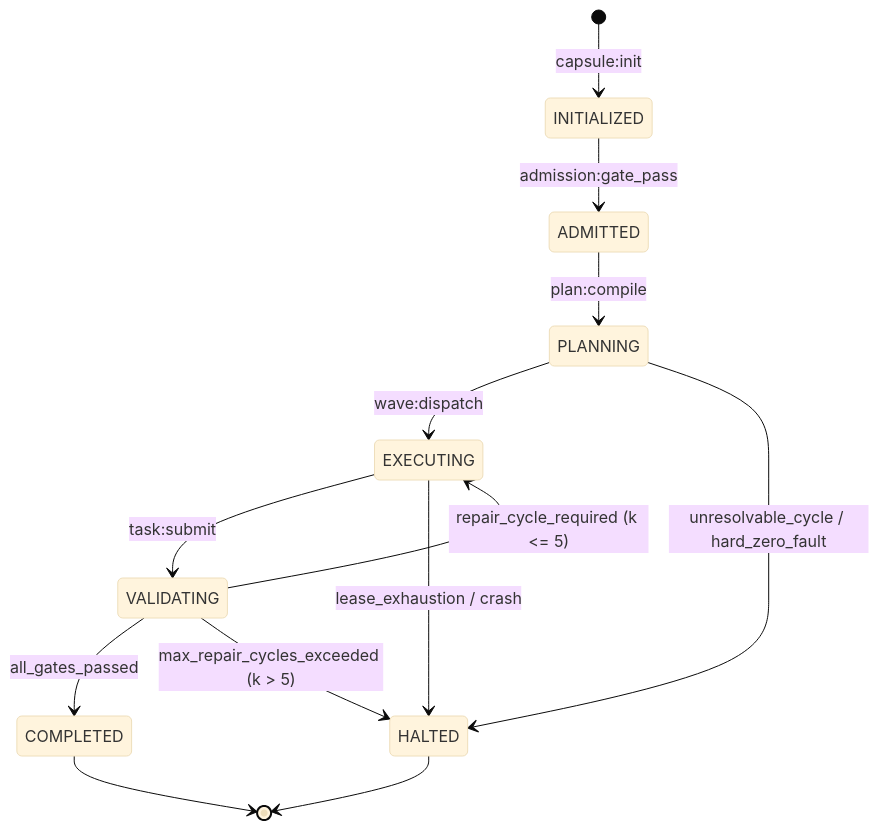
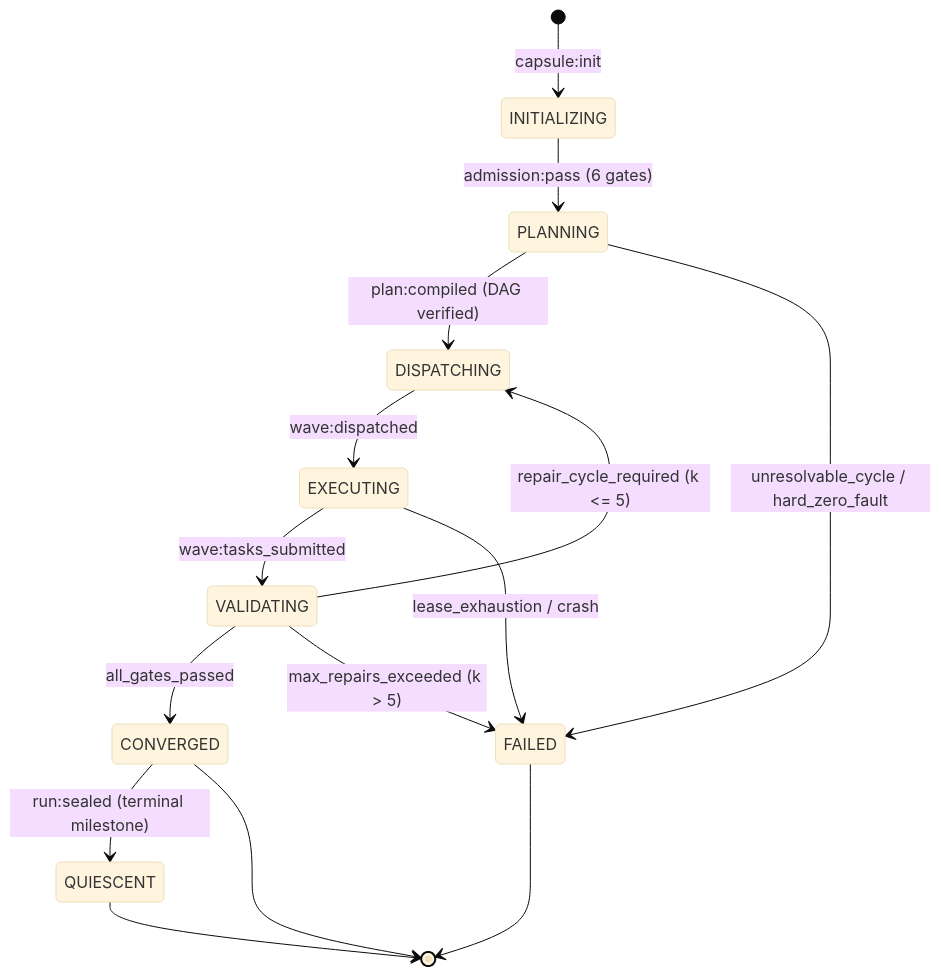
The first of 2 diagrams in docs/olt/architecture/01-foundations/01-03-deterministic-capsule-state-machine.md (onurseckin/skills), drawn with Mermaid (base theme) before and after one commit. The commit also changed other lines of this file and 163 other files, not shown here.

````diff
--- a/docs/olt/architecture/01-foundations/01-03-deterministic-capsule-state-machine.md
+++ b/docs/olt/architecture/01-foundations/01-03-deterministic-capsule-state-machine.md
@@ -48,17 +49,19 @@
 ```mermaid
 stateDiagram-v2
-    [*] --> INITIALIZED: capsule:init
-    INITIALIZED --> ADMITTED: admission:gate_pass
-    ADMITTED --> PLANNING: plan:compile
-    PLANNING --> EXECUTING: wave:dispatch
-    EXECUTING --> VALIDATING: task:submit
-    VALIDATING --> EXECUTING: repair_cycle_required (k <= 5)
-    VALIDATING --> COMPLETED: all_gates_passed
+    [*] --> INITIALIZING: capsule:init
+    INITIALIZING --> PLANNING: admission:pass (6 gates)
+    PLANNING --> DISPATCHING: plan:compiled (DAG verified)
+    DISPATCHING --> EXECUTING: wave:dispatched
+    EXECUTING --> VALIDATING: wave:tasks_submitted
+    VALIDATING --> DISPATCHING: repair_cycle_required (k <= 5)
+    VALIDATING --> CONVERGED: all_gates_passed
+    CONVERGED --> QUIESCENT: run:sealed (terminal milestone)
 
-    PLANNING --> HALTED: unresolvable_cycle / hard_zero_fault
-    EXECUTING --> HALTED: lease_exhaustion / crash
-    VALIDATING --> HALTED: max_repair_cycles_exceeded (k > 5)
+    PLANNING --> FAILED: unresolvable_cycle / hard_zero_fault
+    EXECUTING --> FAILED: lease_exhaustion / crash
+    VALIDATING --> FAILED: max_repairs_exceeded (k > 5)
 
-    COMPLETED --> [*]
-    HALTED --> [*]
+    CONVERGED --> [*]
+    QUIESCENT --> [*]
+    FAILED --> [*]
 ```
````
